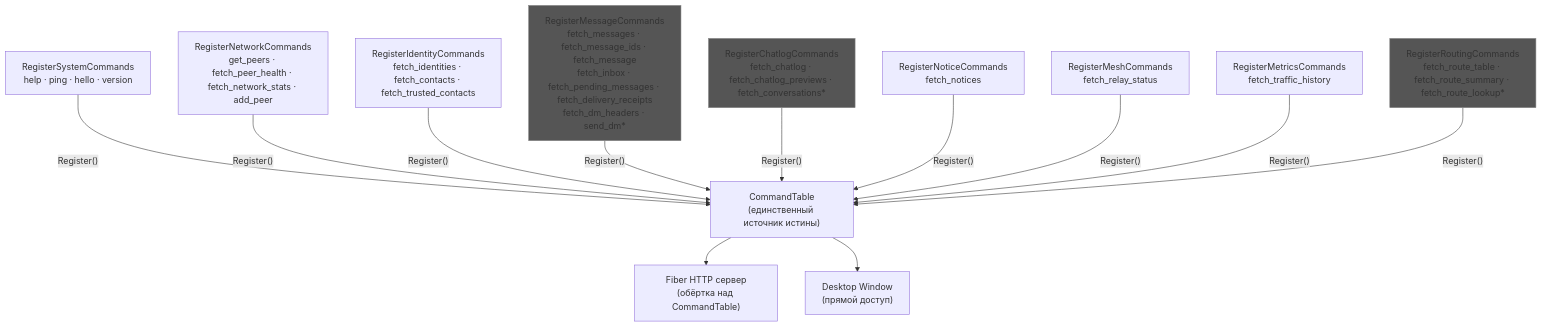
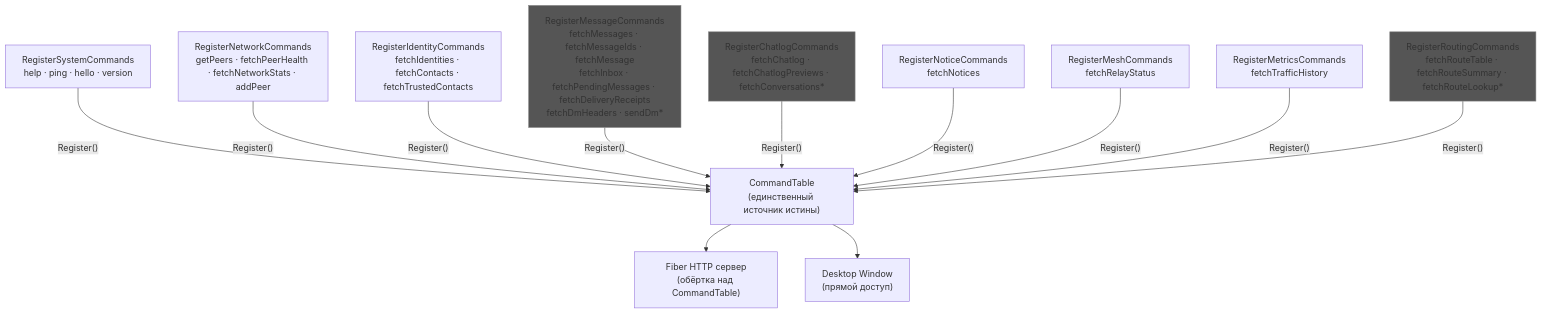
One commit to piratecash/corsa changed the eighth of 8 diagrams in docs/rpc.md. Above: the diagram before and after it, drawn with Mermaid. The commit also changed other lines of this file and 19 other files, not shown here.

````diff
--- a/docs/rpc.md
+++ b/docs/rpc.md
@@ -593,31 +595,31 @@
 ```mermaid
 graph TD
     TABLE["CommandTable<br/>(единственный источник истины)"]
 
     REG_SYS["RegisterSystemCommands<br/>help · ping · hello · version"]
-    REG_NET["RegisterNetworkCommands<br/>get_peers · fetch_peer_health · fetch_network_stats · add_peer"]
-    REG_IDN["RegisterIdentityCommands<br/>fetch_identities · fetch_contacts · fetch_trusted_contacts"]
-    REG_MSG["RegisterMessageCommands<br/>fetch_messages · fetch_message_ids · fetch_message<br/>fetch_inbox · fetch_pending_messages · fetch_delivery_receipts<br/>fetch_dm_headers · send_dm*"]
-    REG_CHT["RegisterChatlogCommands<br/>fetch_chatlog · fetch_chatlog_previews · fetch_conversations*"]
-    REG_NTC["RegisterNoticeCommands<br/>fetch_notices"]
-    REG_MSH["RegisterMeshCommands<br/>fetch_relay_status"]
-    REG_MET["RegisterMetricsCommands<br/>fetch_traffic_history"]
-    REG_RTE["RegisterRoutingCommands<br/>fetch_route_table · fetch_route_summary · fetch_route_lookup*"]
+    REG_NET["RegisterNetworkCommands<br/>getPeers · fetchPeerHealth · fetchNetworkStats · addPeer"]
+    REG_IDN["RegisterIdentityCommands<br/>fetchIdentities · fetchContacts · fetchTrustedContacts"]
+    REG_MSG["RegisterMessageCommands<br/>fetchMessages · fetchMessageIds · fetchMessage<br/>fetchInbox · fetchPendingMessages · fetchDeliveryReceipts<br/>fetchDmHeaders · sendDm*"]
+    REG_CHT["RegisterChatlogCommands<br/>fetchChatlog · fetchChatlogPreviews · fetchConversations*"]
+    REG_NTC["RegisterNoticeCommands<br/>fetchNotices"]
+    REG_MSH["RegisterMeshCommands<br/>fetchRelayStatus"]
+    REG_MET["RegisterMetricsCommands<br/>fetchTrafficHistory"]
+    REG_RTE["RegisterRoutingCommands<br/>fetchRouteTable · fetchRouteSummary · fetchRouteLookup*"]
 
     REG_SYS -->|"Register()"| TABLE
     REG_NET -->|"Register()"| TABLE
     REG_IDN -->|"Register()"| TABLE
     REG_MSG -->|"Register()"| TABLE
     REG_CHT -->|"Register()"| TABLE
     REG_NTC -->|"Register()"| TABLE
     REG_MSH -->|"Register()"| TABLE
     REG_MET -->|"Register()"| TABLE
     REG_RTE -->|"Register()"| TABLE
 
     TABLE --> SERVER["Fiber HTTP сервер<br/>(обёртка над CommandTable)"]
     TABLE --> WINDOW["Desktop Window<br/>(прямой доступ)"]
 
     style REG_CHT fill:#555,stroke:#888
     style REG_MSG fill:#555,stroke:#888
     style REG_RTE fill:#555,stroke:#888
 ```
````
